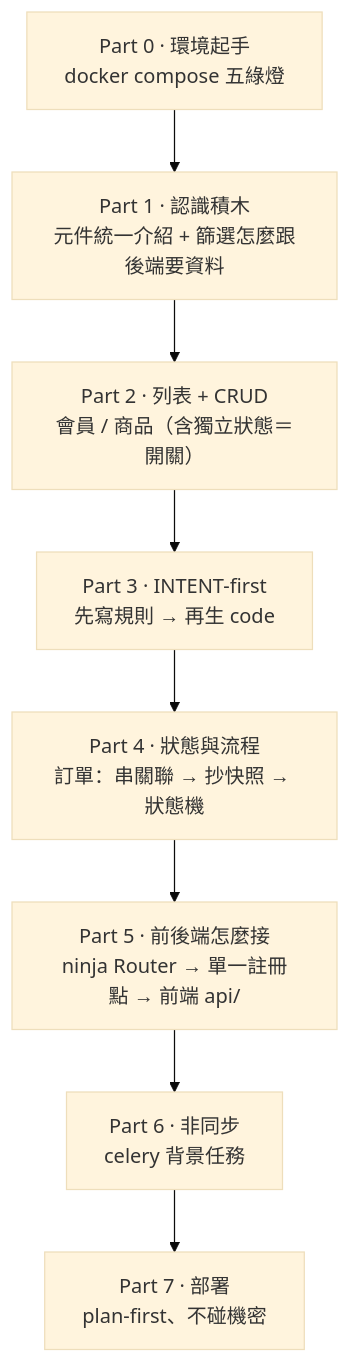
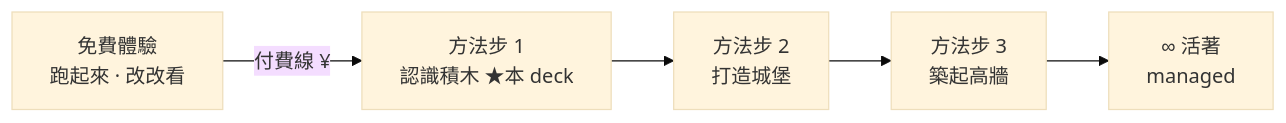
The diagram in teaching/README.md (AI-Yorozuya/lean-stack), drawn with Mermaid (base theme) before and after one commit. The commit also changed other lines of this file and 1 other file, not shown here.

First line of the commit message:
docs(teaching): 對齊 ai-yorozuya 課程正本，投影片改回「認識積木」本體

````diff
--- a/teaching/README.md
+++ b/teaching/README.md
@@ -33,11 +16,7 @@
 ```mermaid
-flowchart TD
-    P0["Part 0 · 環境起手<br/>docker compose 五綠燈"] --> P1
-    P1["Part 1 · 認識積木<br/>元件統一介紹 + 篩選怎麼跟後端要資料"] --> P2
-    P2["Part 2 · 列表 + CRUD<br/>會員 / 商品（含獨立狀態＝開關）"] --> P3
-    P3["Part 3 · INTENT-first<br/>先寫規則 → 再生 code"] --> P4
-    P4["Part 4 · 狀態與流程<br/>訂單：串關聯 → 抄快照 → 狀態機"] --> P5
-    P5["Part 5 · 前後端怎麼接<br/>ninja Router → 單一註冊點 → 前端 api/"] --> P6
-    P6["Part 6 · 非同步<br/>celery 背景任務"] --> P7
-    P7["Part 7 · 部署<br/>plan-first、不碰機密"]
+flowchart LR
+    F["免費體驗<br/>跑起來 · 改改看"] -->|付費線 ¥| B1
+    B1["方法步 1<br/>認識積木 ★本 deck"] --> B2
+    B2["方法步 2<br/>打造城堡"] --> B3
+    B3["方法步 3<br/>築起高牆"] --> M["∞ 活著<br/>managed"]
 ```
````
